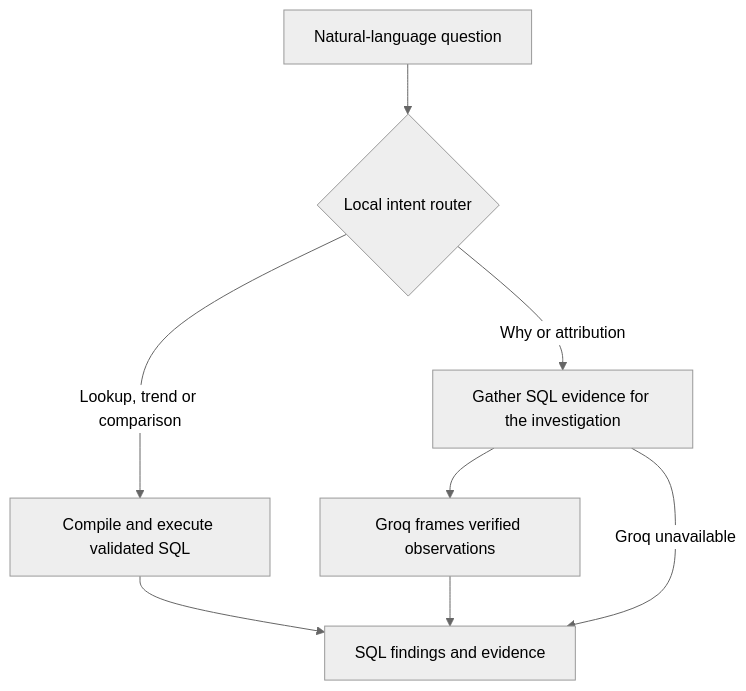
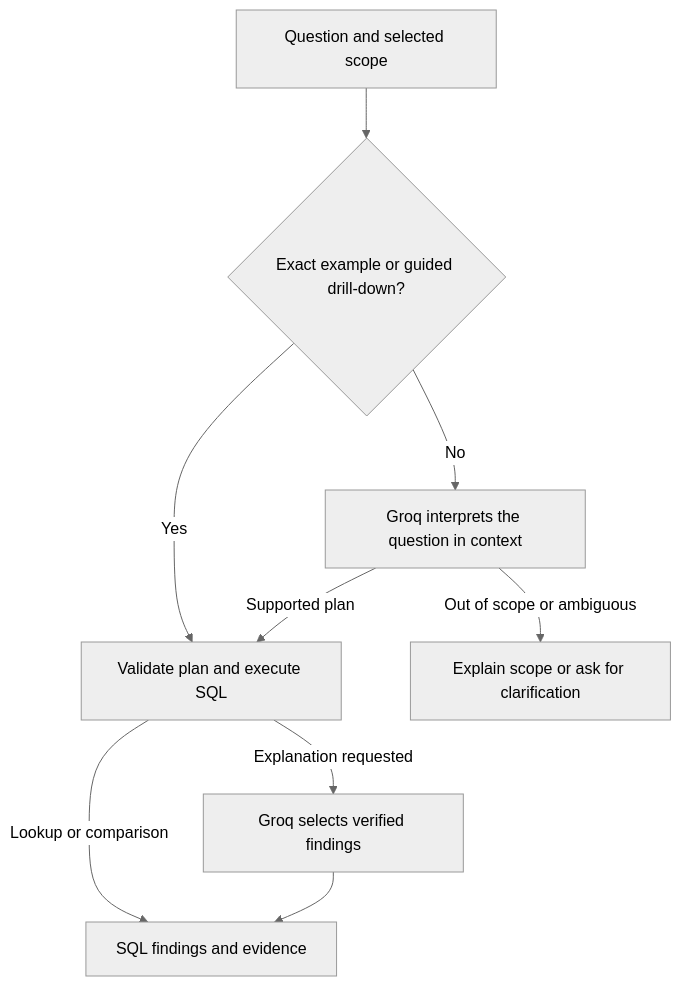
Before and after one commit to subhamghoshkgp/paysight-ai-enterprise-analyst: the diagram in README.md, drawn with Mermaid (neutral theme). The commit also changed other lines of this file and 6 other files, not shown here.

````diff
--- a/README.md
+++ b/README.md
@@ -46,10 +46,11 @@
 ```mermaid
 flowchart TD
-    Q["Natural-language question"] --> R{"Local intent router"}
-    R -->|Lookup, trend or comparison| S["Compile and execute validated SQL"]
-    R -->|Why or attribution| I["Gather SQL evidence for the investigation"]
-    I --> G["Groq frames verified observations"]
-    I -->|Groq unavailable| V["SQL findings and evidence"]
-    S --> V
+    Q["Question and selected scope"] --> R{"Exact example or guided drill-down?"}
+    R -->|Yes| S["Validate plan and execute SQL"]
+    R -->|No| M["Groq interprets the question in context"]
+    M -->|Out of scope or ambiguous| C["Explain scope or ask for clarification"]
+    M -->|Supported plan| S
+    S -->|Lookup or comparison| V["SQL findings and evidence"]
+    S -->|Explanation requested| G["Groq selects verified findings"]
     G --> V
 ```
````
